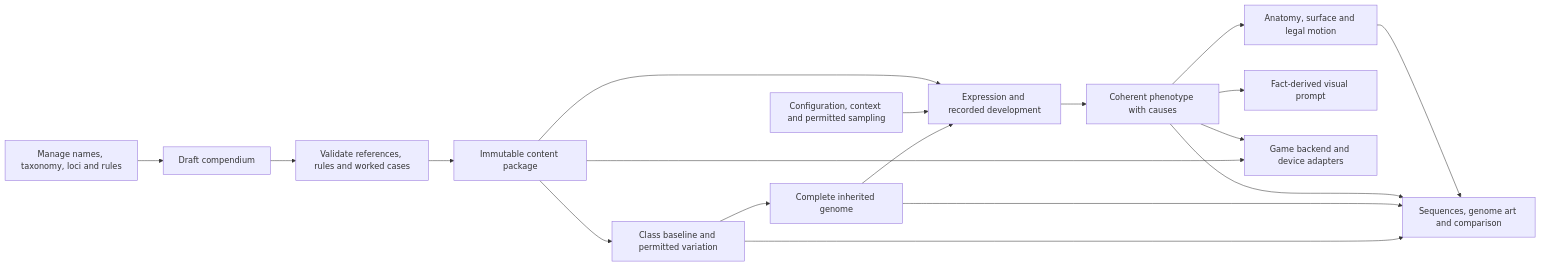
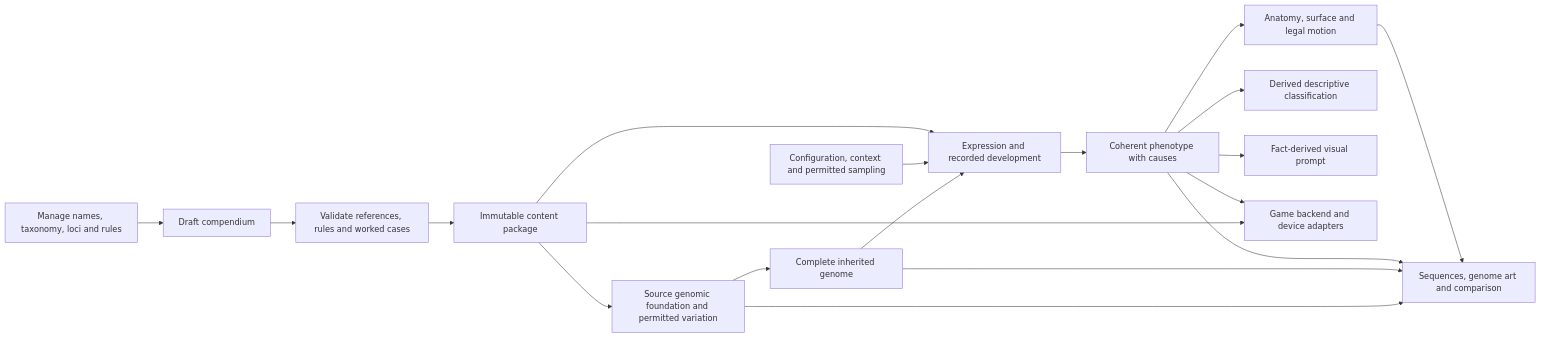
The second of 2 diagrams in prototype/generator-workbench/README.md (PacoCotera/critter-lab), drawn with Mermaid before and after one commit. The commit also changed other lines of this file and 4 other files, not shown here.

Commit message:
Define genome-derived anatomy and emergent classification

````diff
--- a/prototype/generator-workbench/README.md
+++ b/prototype/generator-workbench/README.md
@@ -143,20 +143,21 @@
 ```mermaid
 flowchart LR
   Author[Manage names, taxonomy, loci and rules] --> Draft[Draft compendium]
   Draft --> Check[Validate references, rules and worked cases]
   Check --> Package[Immutable content package]
-  Package --> Baseline[Class baseline and permitted variation]
+  Package --> Baseline[Source genomic foundation and permitted variation]
   Baseline --> Genome[Complete inherited genome]
   Genome --> Resolve[Expression and recorded development]
   Context[Configuration, context and permitted sampling] --> Resolve
   Package --> Resolve
   Resolve --> Phenotype[Coherent phenotype with causes]
   Phenotype --> Construction[Anatomy, surface and legal motion]
+  Phenotype --> Taxonomy[Derived descriptive classification]
   Phenotype --> Prompt[Fact-derived visual prompt]
   Baseline --> Inspect[Sequences, genome art and comparison]
   Genome --> Inspect
   Phenotype --> Inspect
   Construction --> Inspect
   Package --> Game[Game backend and device adapters]
   Phenotype --> Game
 ```
````
